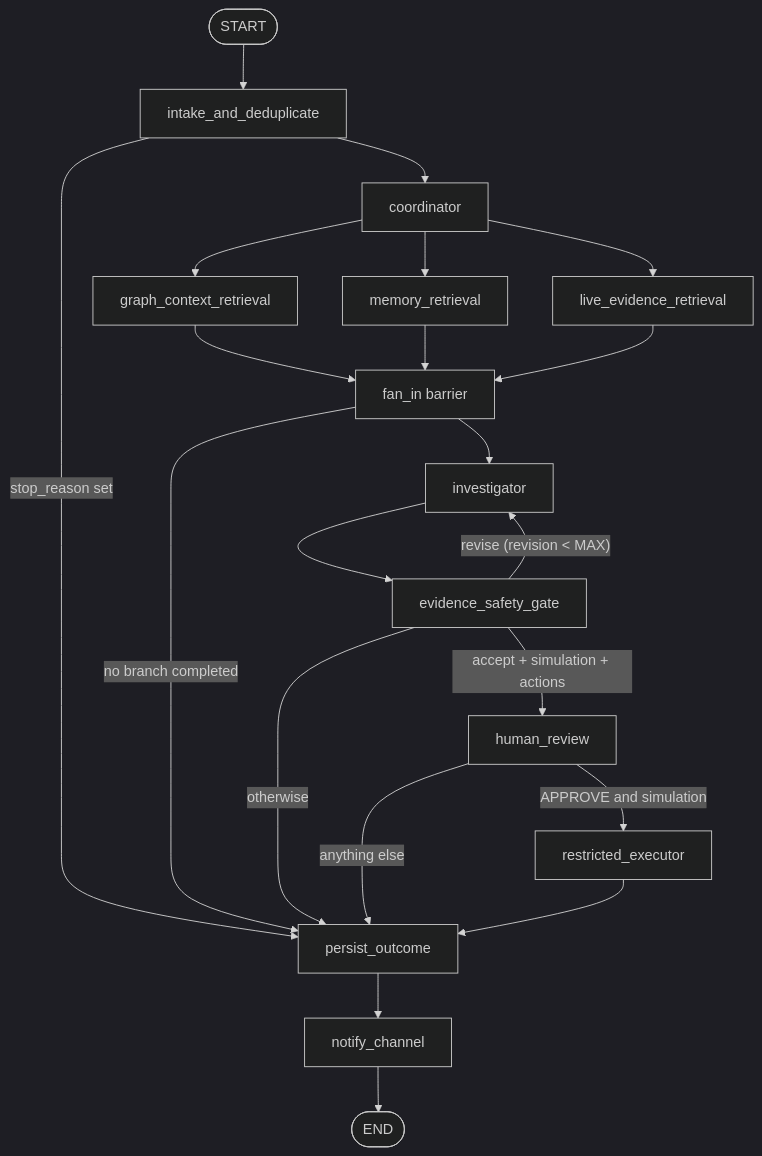
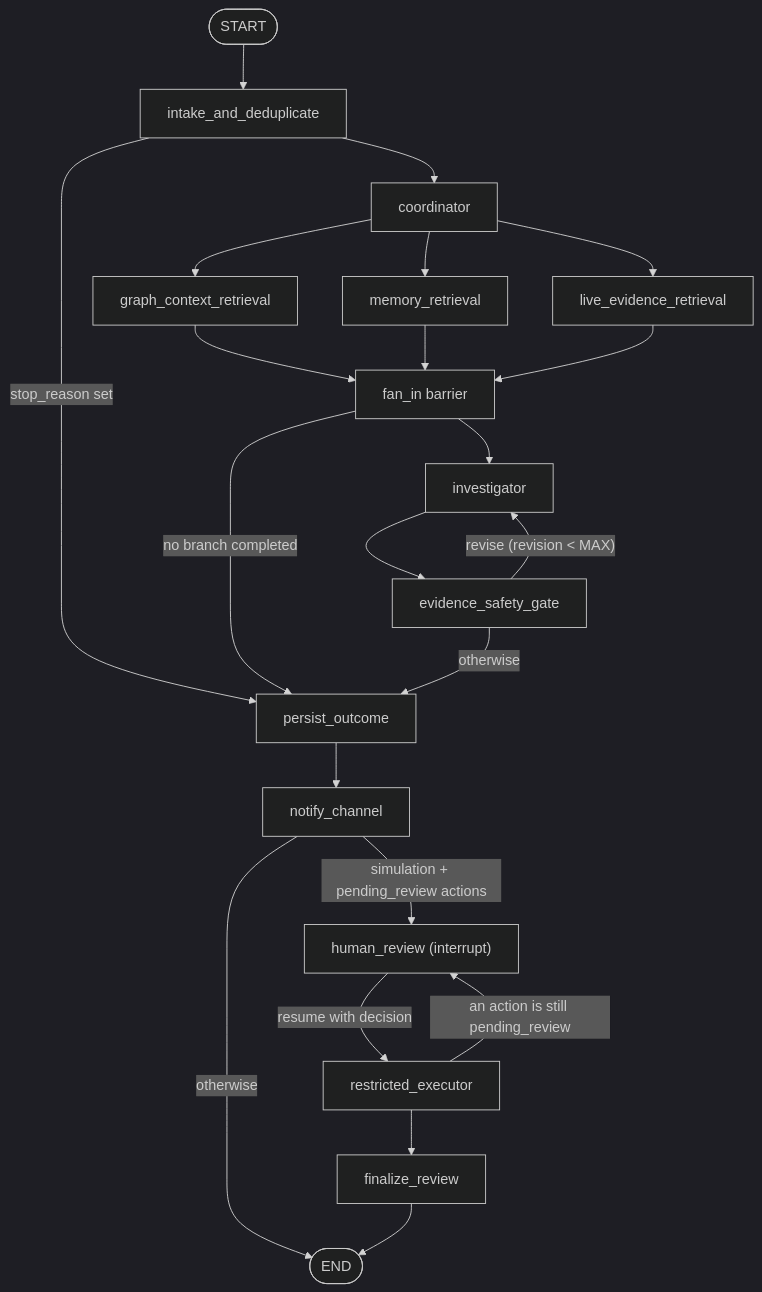
One commit to nithish-kumar-dev/Graphathon-incident-management changed the diagram in docs/orchestration.md. Above: the diagram before and after it, drawn with Mermaid (dark theme). The commit also changed other lines of this file and 39 other files, not shown here.

Commit message:
Add orchestrator events/executor, actions, demo, ops DB modules

````diff
--- a/docs/orchestration.md
+++ b/docs/orchestration.md
@@ -7,23 +7,24 @@
 ```mermaid
 flowchart TD
     S([START]) --> intake[intake_and_deduplicate]
     intake -- "stop_reason set" --> persist
     intake --> coord[coordinator]
     coord --> g[graph_context_retrieval]
     coord --> m[memory_retrieval]
     coord --> l[live_evidence_retrieval]
     g --> fan[fan_in barrier]
     m --> fan
     l --> fan
     fan -- "no branch completed" --> persist
     fan --> inv[investigator]
     inv --> gate[evidence_safety_gate]
     gate -- "revise (revision < MAX)" --> inv
-    gate -- "accept + simulation + actions" --> review[human_review]
     gate -- "otherwise" --> persist[persist_outcome]
-    review -- "APPROVE and simulation" --> exec[restricted_executor]
-    review -- "anything else" --> persist
-    exec --> persist
     persist --> notify[notify_channel]
-    notify --> E([END])
+    notify -- "simulation + pending_review actions" --> review["human_review (interrupt)"]
+    notify -- "otherwise" --> E([END])
+    review -- "resume with decision" --> exec[restricted_executor]
+    exec -- "an action is still pending_review" --> review
+    exec --> fin[finalize_review]
+    fin --> E
 ```
````
